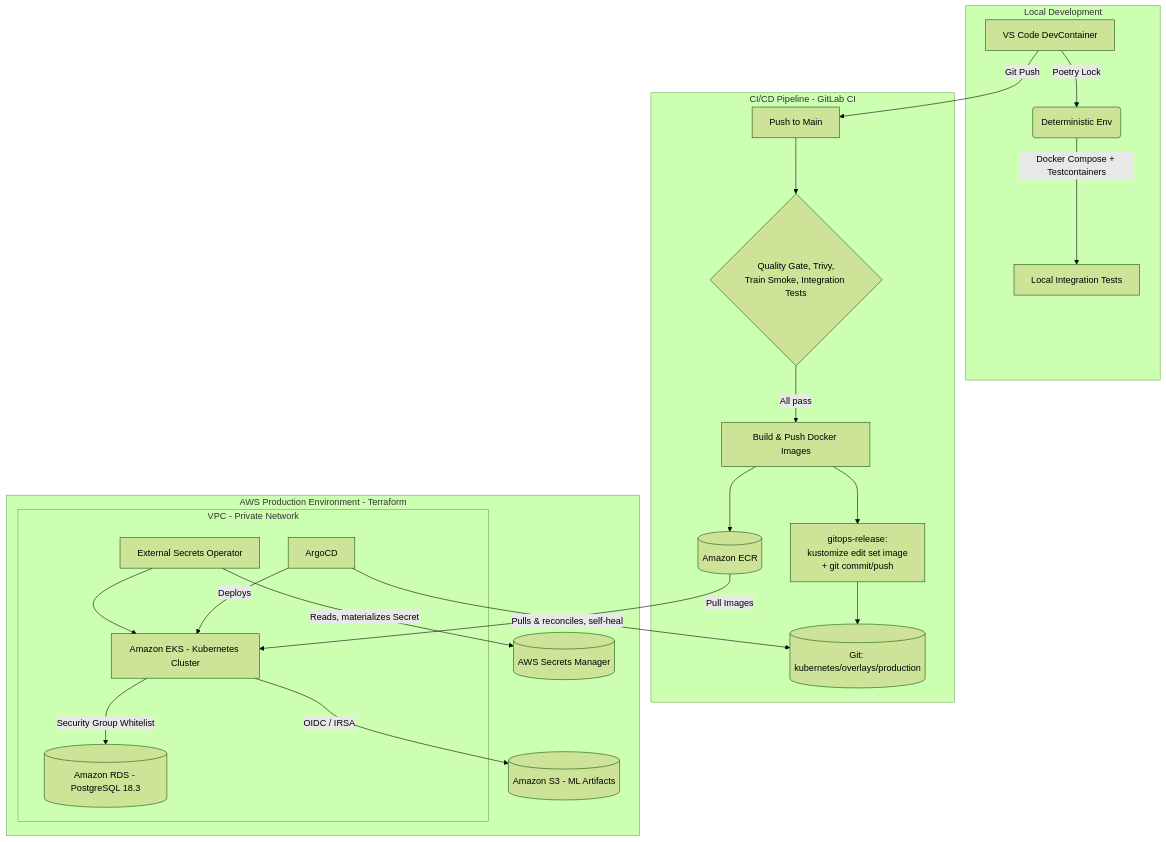
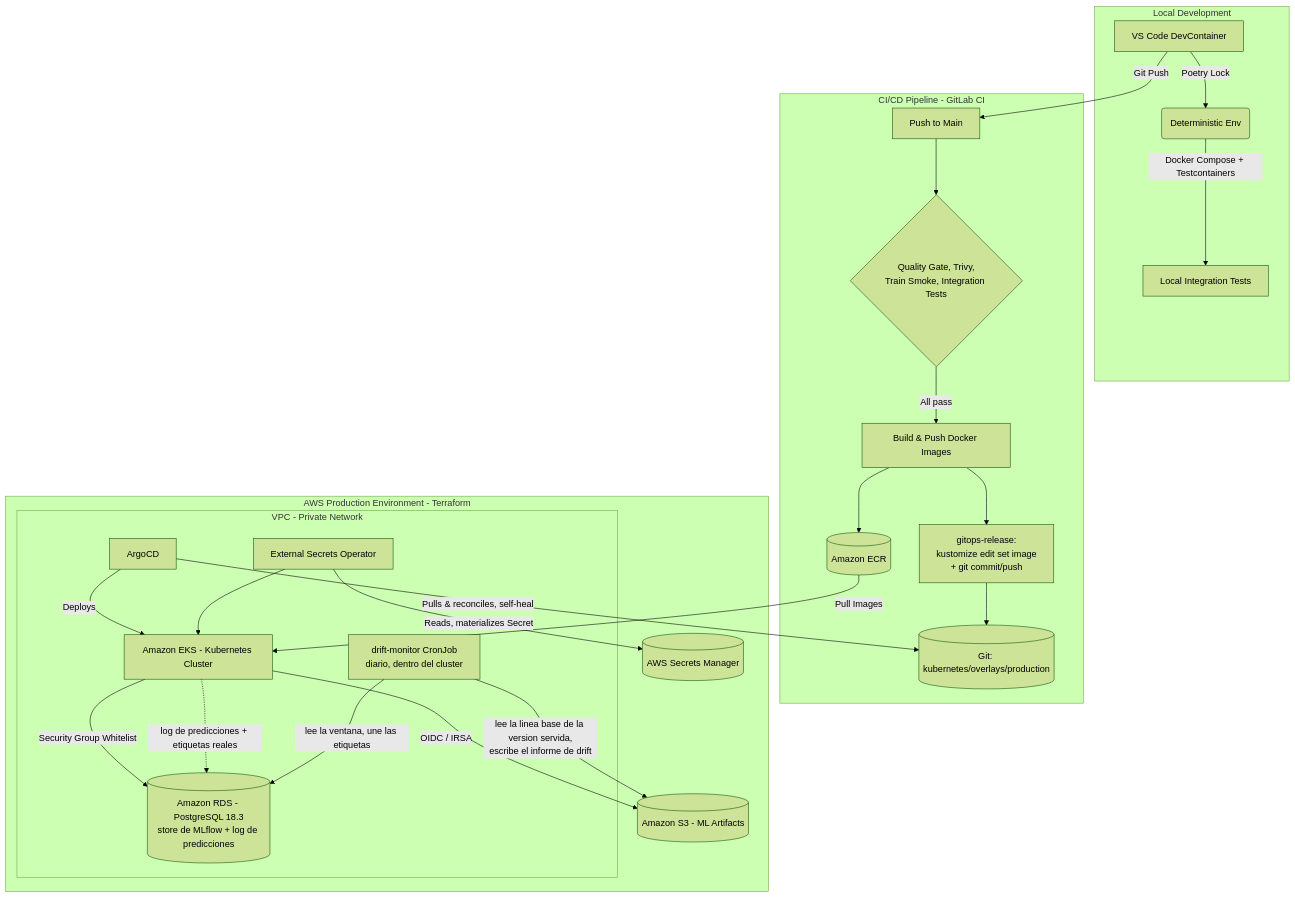
One commit to arguar13/Hotel-Booking-Demand-mlops changed the diagram in README_es.md. Above: the diagram before and after it, drawn with Mermaid (forest theme). The commit also changed other lines of this file and 34 other files, not shown here.

````diff
--- a/README_es.md
+++ b/README_es.md
@@ -36,39 +36,43 @@
 ```mermaid
 graph TD
 
     subgraph Local Development
         A[VS Code DevContainer] -->|Poetry Lock| B(Deterministic Env)
         B -->|Docker Compose + Testcontainers| C[Local Integration Tests]
     end
 
     subgraph CI/CD Pipeline - GitLab CI
         D[Push to Main] --> E{Quality Gate, Trivy,<br/>Train Smoke, Integration Tests}
         E -->|All pass| F[Build & Push Docker Images]
         F --> G[(Amazon ECR)]
         F --> GR["gitops-release:<br/>kustomize edit set image<br/>+ git commit/push"]
         GR --> REPO[(Git: kubernetes/overlays/production)]
     end
 
     subgraph AWS Production Environment - Terraform
 
         subgraph VPC - Private Network
             I[Amazon EKS - Kubernetes Cluster]
-            J[(Amazon RDS - PostgreSQL 18.3)]
+            J[(Amazon RDS - PostgreSQL 18.3<br/>store de MLflow + log de predicciones)]
             ARGO[ArgoCD]
             ESO[External Secrets Operator]
+            CRON["drift-monitor CronJob<br/>diario, dentro del cluster"]
         end
 
         K[(Amazon S3 - ML Artifacts)]
         SM[(AWS Secrets Manager)]
 
         I -->|OIDC / IRSA| K
         I -->|Security Group Whitelist| J
+        I -.->|log de predicciones + etiquetas reales| J
+        CRON -->|lee la ventana, une las etiquetas| J
+        CRON -->|lee la linea base de la version servida,<br/>escribe el informe de drift| K
         ARGO -->|Pulls & reconciles, self-heal| REPO
         ARGO -->|Deploys| I
         ESO -->|Reads, materializes Secret| SM
         ESO --> I
         G -->|Pull Images| I
     end
 
     A -->|Git Push| D
 ```
````
